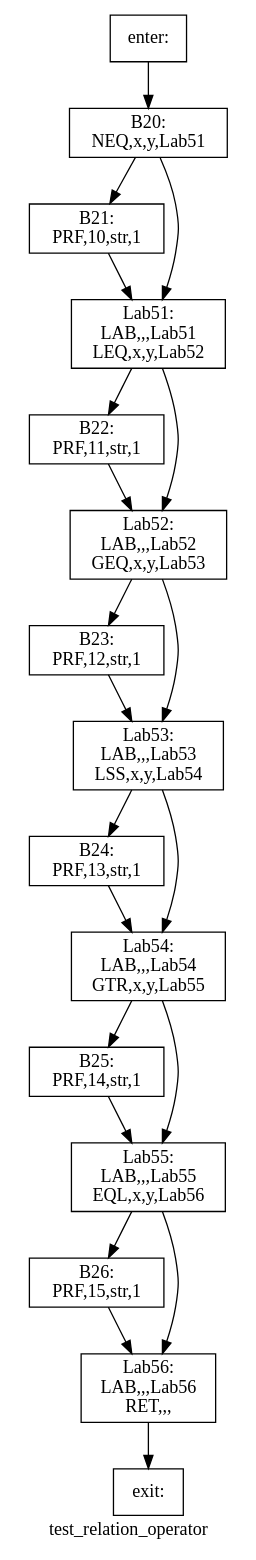
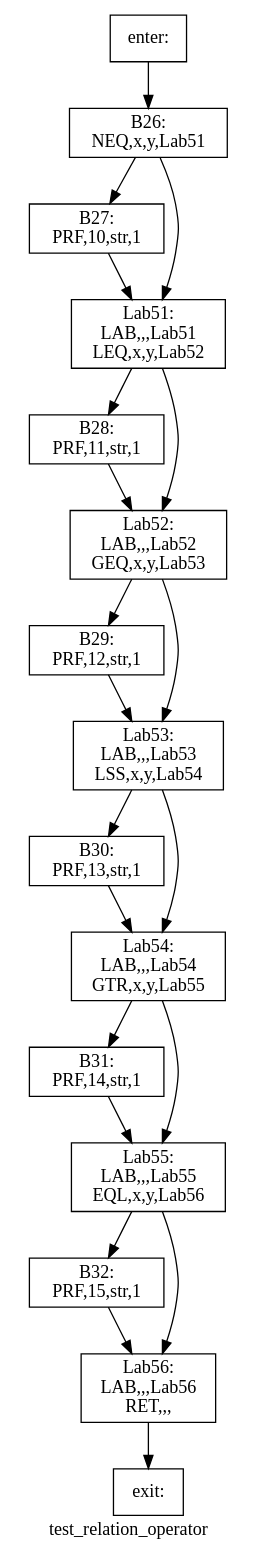
Before and after one commit to yifan123/Compiler: the diagram in Compiler/basic_block/dot/test_relation_operator.dot, drawn with Graphviz. The commit also changed 157 other files, not shown here.

Commit message:
整个编译器已经完工，优化已做了： 1. 常量折叠 2. 划分基本块并使用graphviz绘制控制流图 3. 在parser时直接将所有常量的值计算出来 4. 到达定义分析，计算d-u链和活跃变量分析 5. 构建冲突图，图着色（这个可能还有bug） 6. 错误处理，错误skip，错误打印 接下来准备做： 1. 全局寄存器分配

```diff
--- a/Compiler/basic_block/dot/test_relation_operator.dot
+++ b/Compiler/basic_block/dot/test_relation_operator.dot
@@ -1,38 +1,38 @@
 digraph test_relation_operator{
 label =test_relation_operator
-B20[label="B20:\nNEQ,x,y,Lab51\n" shape=box]
-B21[label="B21:\nPRF,10,str,1\n" shape=box]
-B22[label="B22:\nPRF,11,str,1\n" shape=box]
-B23[label="B23:\nPRF,12,str,1\n" shape=box]
-B24[label="B24:\nPRF,13,str,1\n" shape=box]
-B25[label="B25:\nPRF,14,str,1\n" shape=box]
-B26[label="B26:\nPRF,15,str,1\n" shape=box]
+B26[label="B26:\nNEQ,x,y,Lab51\n" shape=box]
+B27[label="B27:\nPRF,10,str,1\n" shape=box]
+B28[label="B28:\nPRF,11,str,1\n" shape=box]
+B29[label="B29:\nPRF,12,str,1\n" shape=box]
+B30[label="B30:\nPRF,13,str,1\n" shape=box]
+B31[label="B31:\nPRF,14,str,1\n" shape=box]
+B32[label="B32:\nPRF,15,str,1\n" shape=box]
 Lab51[label="Lab51:\nLAB,,,Lab51\nLEQ,x,y,Lab52\n" shape=box]
 Lab52[label="Lab52:\nLAB,,,Lab52\nGEQ,x,y,Lab53\n" shape=box]
 Lab53[label="Lab53:\nLAB,,,Lab53\nLSS,x,y,Lab54\n" shape=box]
 Lab54[label="Lab54:\nLAB,,,Lab54\nGTR,x,y,Lab55\n" shape=box]
 Lab55[label="Lab55:\nLAB,,,Lab55\nEQL,x,y,Lab56\n" shape=box]
 Lab56[label="Lab56:\nLAB,,,Lab56\nRET,,,\n" shape=box]
 enter[label="enter:\n" shape=box]
 exit[label="exit:\n" shape=box]
-B20->B21
-B20->Lab51
-B21->Lab51
-B22->Lab52
-B23->Lab53
-B24->Lab54
-B25->Lab55
-B26->Lab56
-Lab51->B22
+B26->B27
+B26->Lab51
+B27->Lab51
+B28->Lab52
+B29->Lab53
+B30->Lab54
+B31->Lab55
+B32->Lab56
+Lab51->B28
 Lab51->Lab52
-Lab52->B23
+Lab52->B29
 Lab52->Lab53
-Lab53->B24
+Lab53->B30
 Lab53->Lab54
-Lab54->B25
+Lab54->B31
 Lab54->Lab55
-Lab55->B26
+Lab55->B32
 Lab55->Lab56
 Lab56->exit
-enter->B20
+enter->B26
 }
```
